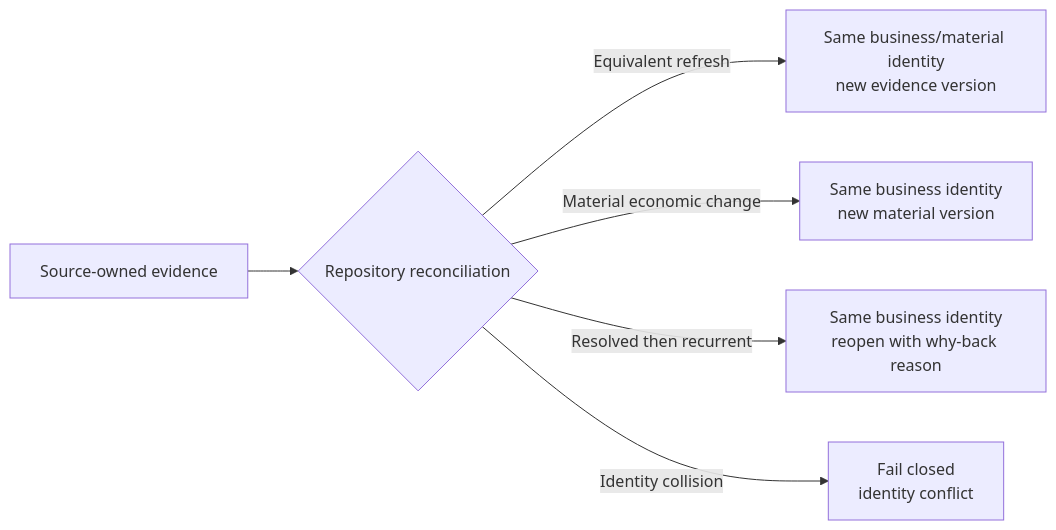
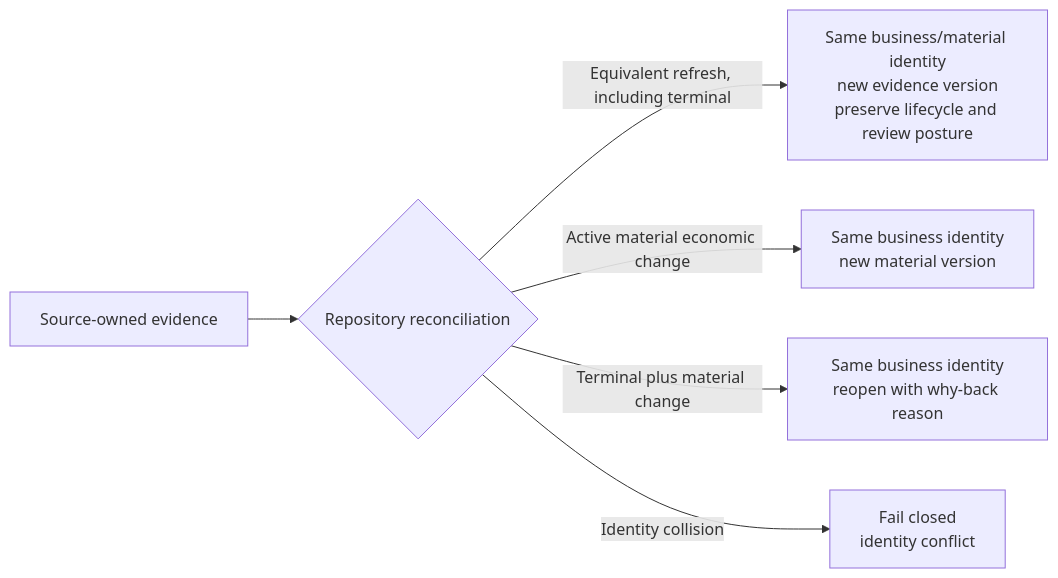
Before and after one commit to sgajbi/lotus-idea: the third of 3 diagrams in wiki/Architecture.md, drawn with Mermaid. The commit also changed other lines of this file and 4 other files, not shown here.

Commit message:
docs(lifecycle): clarify terminal recurrence semantics

````diff
--- a/wiki/Architecture.md
+++ b/wiki/Architecture.md
@@ -287,8 +287,8 @@
 ```mermaid
 flowchart LR
     Evidence["Source-owned evidence"] --> Classify{"Repository reconciliation"}
-    Classify -->|"Equivalent refresh"| EvidenceVersion["Same business/material identity<br/>new evidence version"]
-    Classify -->|"Material economic change"| MaterialVersion["Same business identity<br/>new material version"]
-    Classify -->|"Resolved then recurrent"| Reopen["Same business identity<br/>reopen with why-back reason"]
+    Classify -->|"Equivalent refresh, including terminal"| EvidenceVersion["Same business/material identity<br/>new evidence version<br/>preserve lifecycle and review posture"]
+    Classify -->|"Active material economic change"| MaterialVersion["Same business identity<br/>new material version"]
+    Classify -->|"Terminal plus material change"| Reopen["Same business identity<br/>reopen with why-back reason"]
     Classify -->|"Identity collision"| Conflict["Fail closed<br/>identity conflict"]
 ```
````
